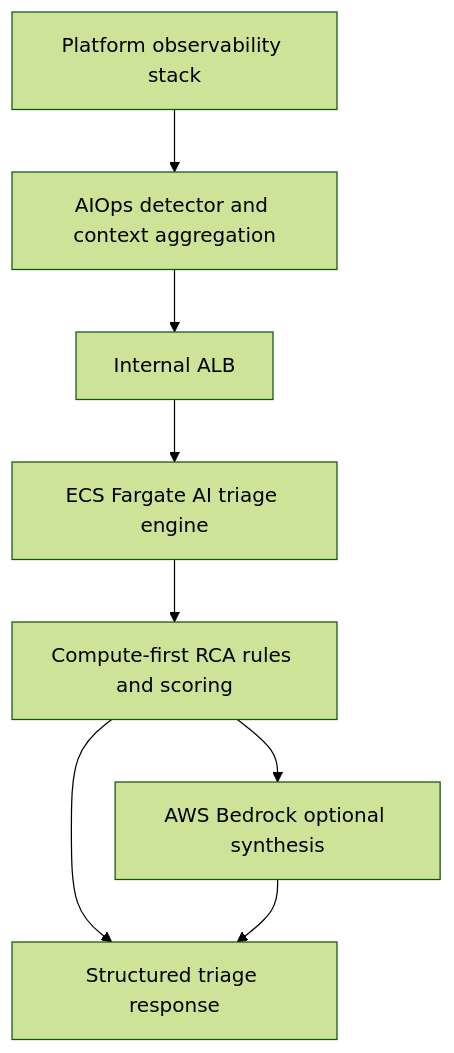
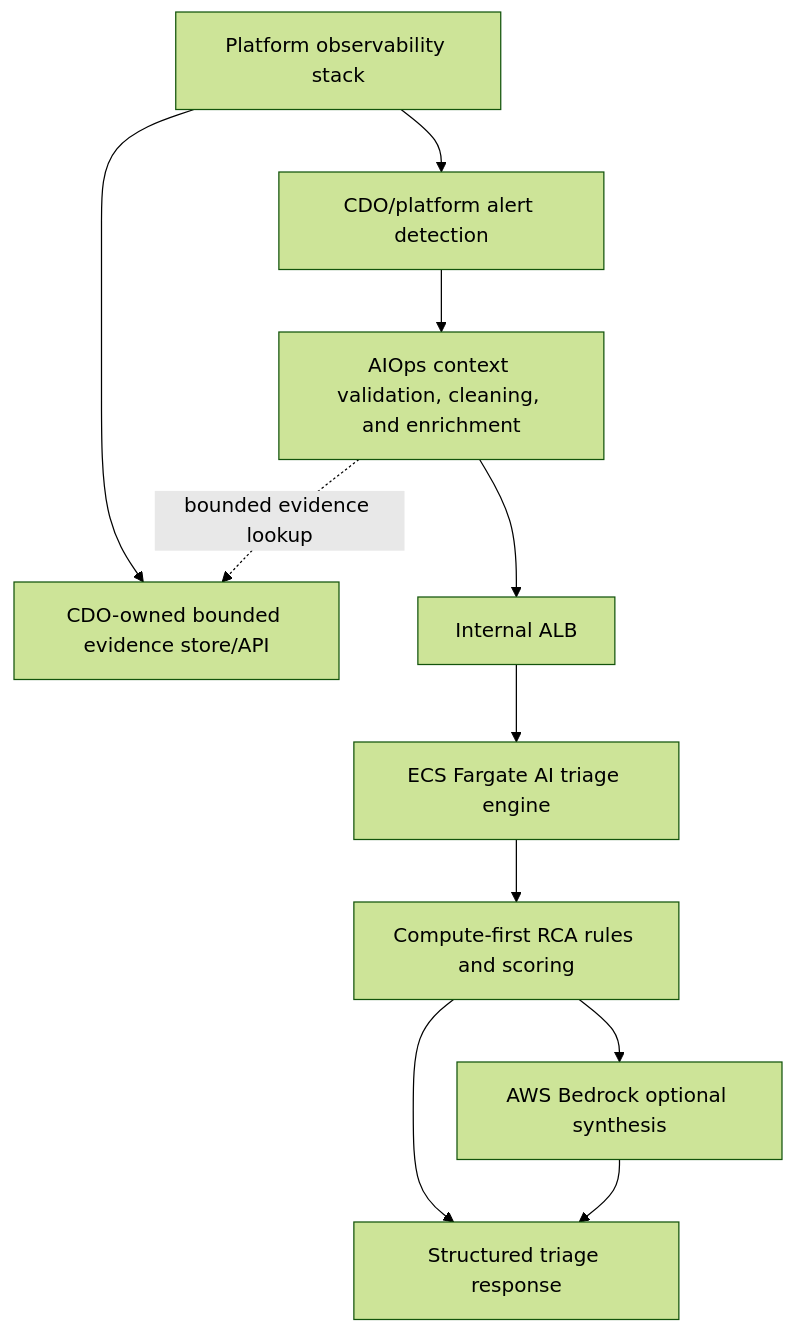
The diagram in capstone/tf-1/ai/docs/03_ai_engine_spec.md (c0mmie-b0msh3ll/xBrain-capstone2), drawn with Mermaid (forest theme) before and after one commit. The commit also changed other lines of this file and 31 other files, not shown here.

````diff
--- a/capstone/tf-1/ai/docs/03_ai_engine_spec.md
+++ b/capstone/tf-1/ai/docs/03_ai_engine_spec.md
@@ -193,10 +193,13 @@
 ```mermaid
 graph TB
-    Obs[Platform observability stack] --> Context[AIOps detector and context aggregation]
+    Obs[Platform observability stack] --> Alert[CDO/platform alert detection]
+    Obs --> Evidence[CDO-owned bounded evidence store/API]
+    Alert --> Context[AIOps context validation, cleaning, and enrichment]
+    Context -. bounded evidence lookup .-> Evidence
     Context --> ALB[Internal ALB]
     ALB --> ECS[ECS Fargate AI triage engine]
     ECS --> Rules[Compute-first RCA rules and scoring]
     Rules --> Response[Structured triage response]
     Rules --> Bedrock[AWS Bedrock optional synthesis]
     Bedrock --> Response
 ```
````
